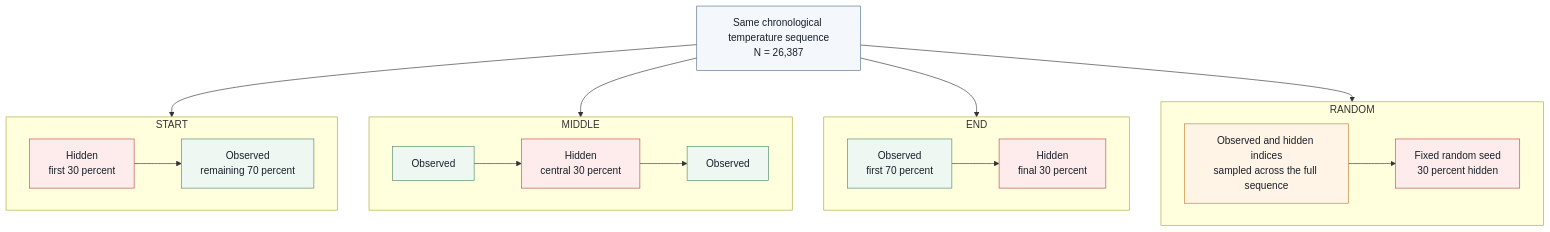
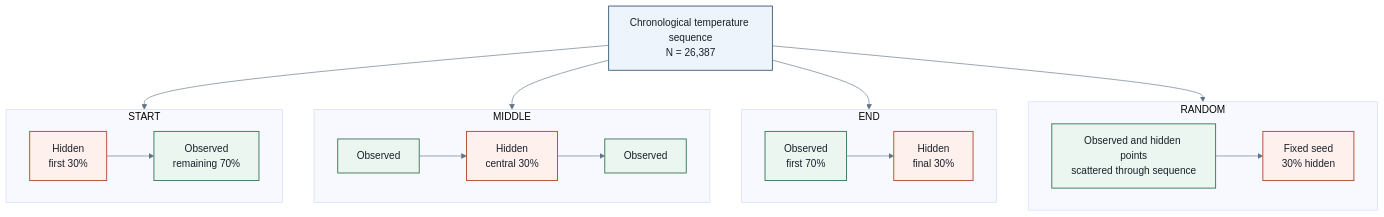
The diagram in lvimputer/thesis/shapes/missingness_scenarios.mmd (DevPrinceK/mphil), drawn with Mermaid before and after one commit. The commit also changed 43 other files, not shown here.

```diff
--- a/lvimputer/thesis/shapes/missingness_scenarios.mmd
+++ b/lvimputer/thesis/shapes/missingness_scenarios.mmd
@@ -1,35 +1,36 @@
 %% Figure 3.3: Synthetic missingness scenarios
+%% The same 26,387-point sequence is masked in four structurally different ways.
+%%{init: {"theme": "base", "themeVariables": {"fontFamily": "Segoe UI, Arial, sans-serif", "background": "transparent", "primaryTextColor": "#17202a", "lineColor": "#617285"}}}%%
 flowchart TB
-    subgraph S1[START]
-        direction LR
-        S1H[Hidden<br/>first 30 percent] --> S1O[Observed<br/>remaining 70 percent]
-    end
-
-    subgraph S2[MIDDLE]
-        direction LR
-        S2O1[Observed] --> S2H[Hidden<br/>central 30 percent] --> S2O2[Observed]
-    end
-
-    subgraph S3[END]
-        direction LR
-        S3O[Observed<br/>first 70 percent] --> S3H[Hidden<br/>final 30 percent]
-    end
-
-    subgraph S4[RANDOM]
-        direction LR
-        S4A[Observed and hidden indices<br/>sampled across the full sequence] --> S4B[Fixed random seed<br/>30 percent hidden]
-    end
-
-    D[Same chronological temperature sequence<br/>N = 26,387] --> S1
+    D["Chronological temperature sequence<br/>N = 26,387"] --> S1
     D --> S2
     D --> S3
     D --> S4
 
-    classDef source fill:#f4f7fb,stroke:#54708c,color:#17202a;
-    classDef observed fill:#eef7f1,stroke:#4f8a66,color:#17202a;
-    classDef hidden fill:#fdeceb,stroke:#b94b4b,color:#17202a;
-    classDef note fill:#fff4e6,stroke:#c47f2c,color:#17202a;
+    subgraph S1["START"]
+        direction LR
+        S1H["Hidden<br/>first 30%"] --> S1O["Observed<br/>remaining 70%"]
+    end
+
+    subgraph S2["MIDDLE"]
+        direction LR
+        S2O1["Observed"] --> S2H["Hidden<br/>central 30%"] --> S2O2["Observed"]
+    end
+
+    subgraph S3["END"]
+        direction LR
+        S3O["Observed<br/>first 70%"] --> S3H["Hidden<br/>final 30%"]
+    end
+
+    subgraph S4["RANDOM"]
+        direction LR
+        S4O["Observed and hidden points<br/>scattered through sequence"] --> S4H["Fixed seed<br/>30% hidden"]
+    end
+
+    classDef source fill:#edf4fb,stroke:#42647f,stroke-width:1.5px,color:#17202a;
+    classDef observed fill:#ecf6f0,stroke:#3f7a5a,stroke-width:1.5px,color:#17202a;
+    classDef hidden fill:#fef0ec,stroke:#b64c39,stroke-width:1.5px,color:#17202a;
+    classDef note fill:#fff4df,stroke:#b37219,stroke-width:1.5px,color:#17202a;
     class D source;
-    class S1O,S2O1,S2O2,S3O observed;
-    class S1H,S2H,S3H,S4B hidden;
-    class S4A note;
+    class S1O,S2O1,S2O2,S3O,S4O observed;
+    class S1H,S2H,S3H,S4H hidden;
```
